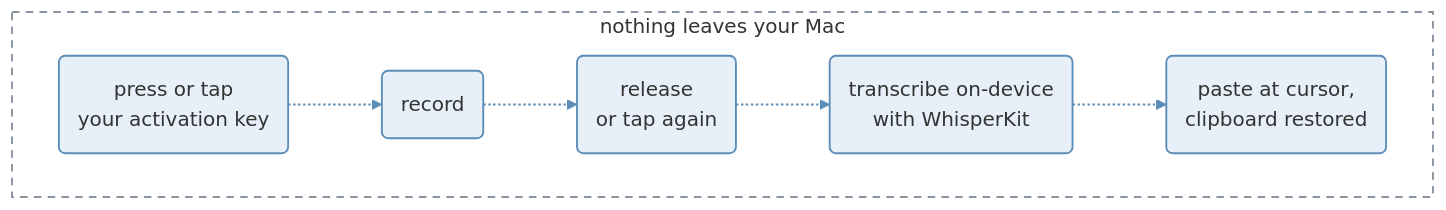
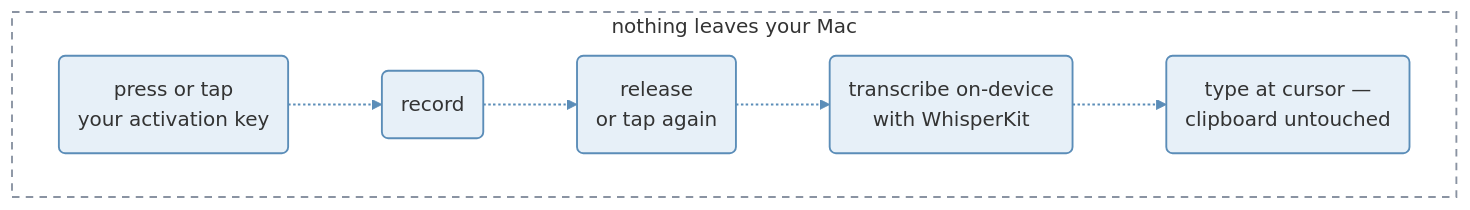
The diagram in README.md (abgregs/freeflow), drawn with Mermaid before and after one commit. The commit also changed other lines of this file and 11 other files, not shown here.

````diff
--- a/README.md
+++ b/README.md
@@ -40,17 +40,17 @@
 ```mermaid
 %%{init: {"flowchart": {"curve": "basis"}}}%%
 flowchart LR
     subgraph mac[" nothing leaves your Mac "]
         direction LR
         A("press or tap<br/>your activation key") -.-> B("record")
         B -.-> C("release<br/>or tap again")
         C -.-> D("transcribe on-device<br/>with WhisperKit")
-        D -.-> E("paste at cursor,<br/>clipboard restored")
+        D -.-> E("type at cursor —<br/>clipboard untouched")
     end
 
     classDef step fill:#4f8cc922,stroke:#5b8db8,stroke-width:1.5px
     classDef boundary fill:transparent,stroke:#8a93a2,stroke-width:1.5px,stroke-dasharray:6 5
     class A,B,C,D,E step
     class mac boundary
     linkStyle default stroke:#5b8db8,stroke-width:1.5px
 ```
````
